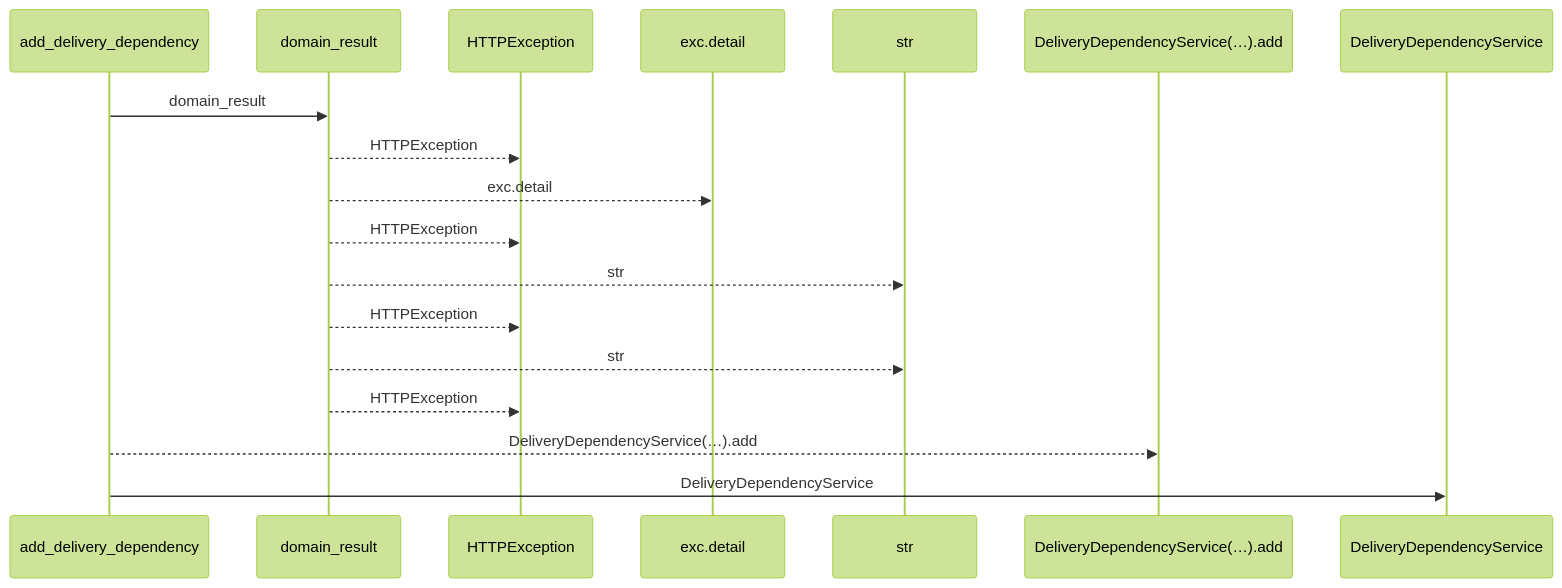
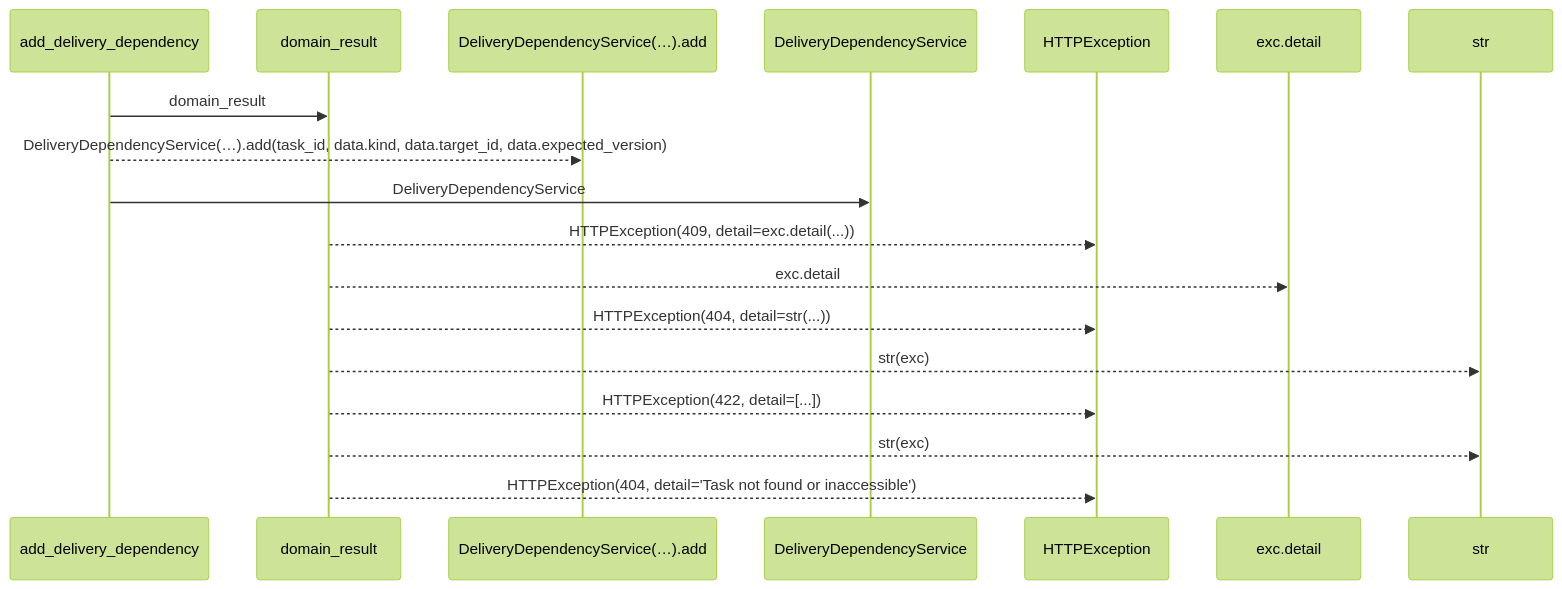
One commit to Denissvgn/WorkChord changed the first of 2 diagrams in docs/llm_wiki/flows/http-add_delivery_dependency.md. Above: the diagram before and after it, drawn with Mermaid (forest theme). The commit also changed other lines of this file and 25171 other files, not shown here.

````diff
--- a/docs/llm_wiki/flows/http-add_delivery_dependency.md
+++ b/docs/llm_wiki/flows/http-add_delivery_dependency.md
@@ -10,20 +12,20 @@
 ```mermaid
 sequenceDiagram
     participant p0 as add_delivery_dependency
     participant p1 as domain_result
-    participant p2 as HTTPException
-    participant p3 as exc.detail
-    participant p4 as str
-    participant p5 as DeliveryDependencyService(…).add
-    participant p6 as DeliveryDependencyService
+    participant p2 as DeliveryDependencyService(…).add
+    participant p3 as DeliveryDependencyService
+    participant p4 as HTTPException
+    participant p5 as exc.detail
+    participant p6 as str
     p0->>p1: domain_result
-    p1-->>p2: HTTPException
-    p1-->>p3: exc.detail
-    p1-->>p2: HTTPException
-    p1-->>p4: str
-    p1-->>p2: HTTPException
-    p1-->>p4: str
-    p1-->>p2: HTTPException
-    p0-->>p5: DeliveryDependencyService(…).add
-    p0->>p6: DeliveryDependencyService
+    p0-->>p2: DeliveryDependencyService(…).add(task_id, data.kind, data.target_id, data.expected_version)
+    p0->>p3: DeliveryDependencyService
+    p1-->>p4: HTTPException(409, detail=exc.detail(...))
+    p1-->>p5: exc.detail
+    p1-->>p4: HTTPException(404, detail=str(...))
+    p1-->>p6: str(exc)
+    p1-->>p4: HTTPException(422, detail=[...])
+    p1-->>p6: str(exc)
+    p1-->>p4: HTTPException(404, detail='Task not found or inaccessible')
 ```
````
